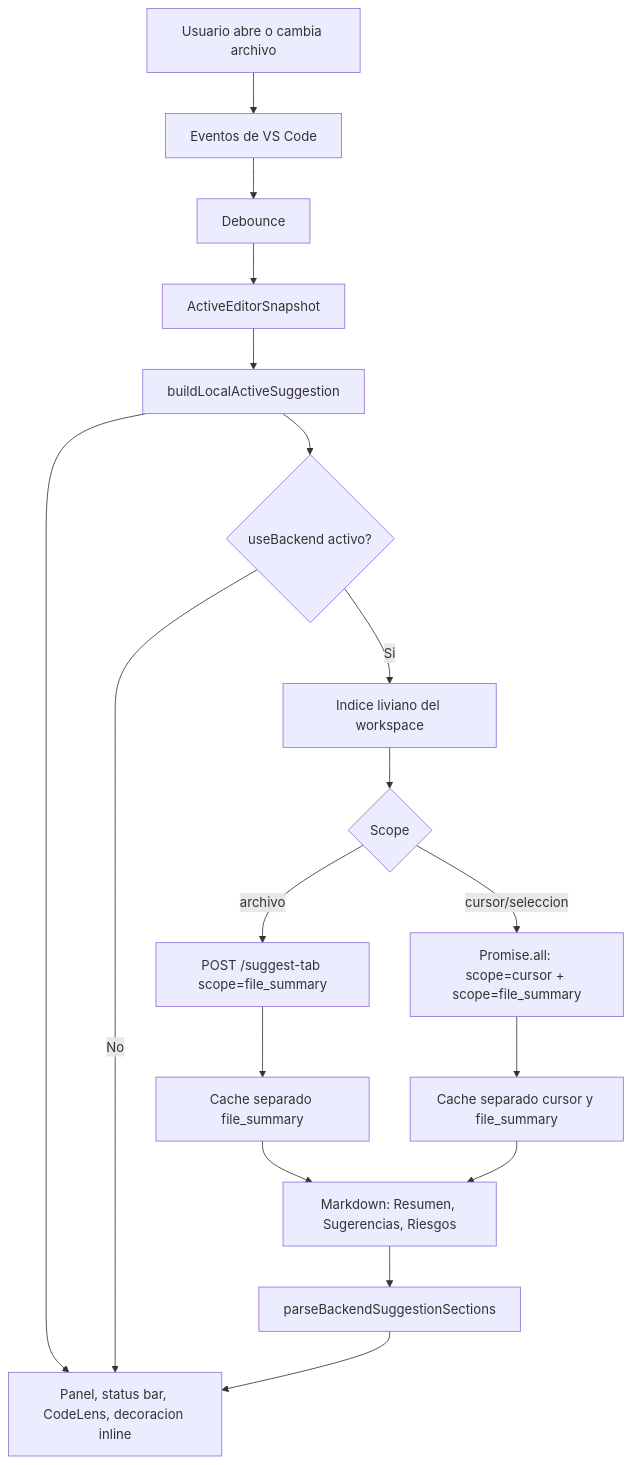
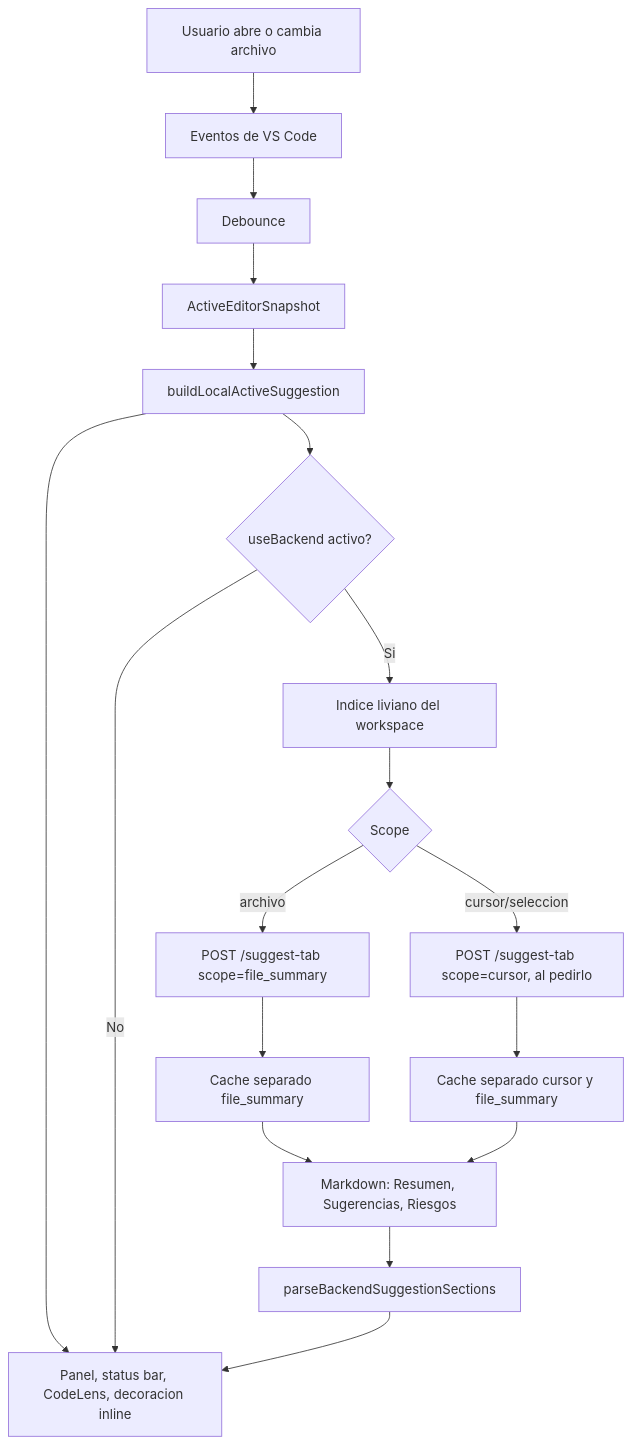
One commit to eydersantiago/PDC changed the third of 4 diagrams in docs/flujo-sugerencias.md. Above: the diagram before and after it, drawn with Mermaid. The commit also changed other lines of this file and 2 other files, not shown here.

````diff
--- a/docs/flujo-sugerencias.md
+++ b/docs/flujo-sugerencias.md
@@ -116,20 +116,20 @@
 ```mermaid
 flowchart TD
   A[Usuario abre o cambia archivo] --> B[Eventos de VS Code]
   B --> C[Debounce]
   C --> D[ActiveEditorSnapshot]
   D --> E[buildLocalActiveSuggestion]
   E --> F[Panel, status bar, CodeLens, decoracion inline]
   E --> G{useBackend activo?}
   G -- No --> F
   G -- Si --> H[Indice liviano del workspace]
   H --> I{Scope}
   I -- archivo --> J[POST /suggest-tab scope=file_summary]
-  I -- cursor/seleccion --> K[Promise.all: scope=cursor + scope=file_summary]
+  I -- cursor/seleccion --> K[POST /suggest-tab scope=cursor, al pedirlo]
   J --> L[Cache separado file_summary]
   K --> M[Cache separado cursor y file_summary]
   L --> N[Markdown: Resumen, Sugerencias, Riesgos]
   M --> N
   N --> O[parseBackendSuggestionSections]
   O --> F
 ```
````
